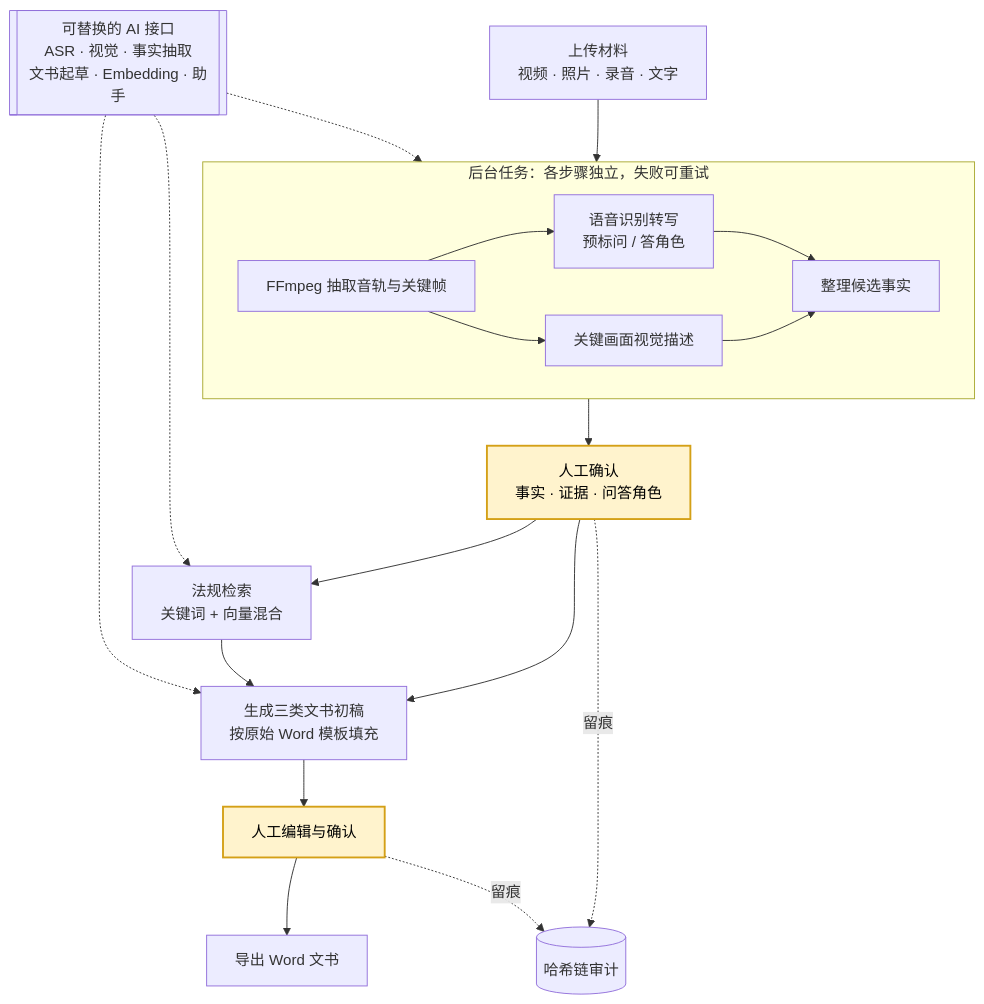
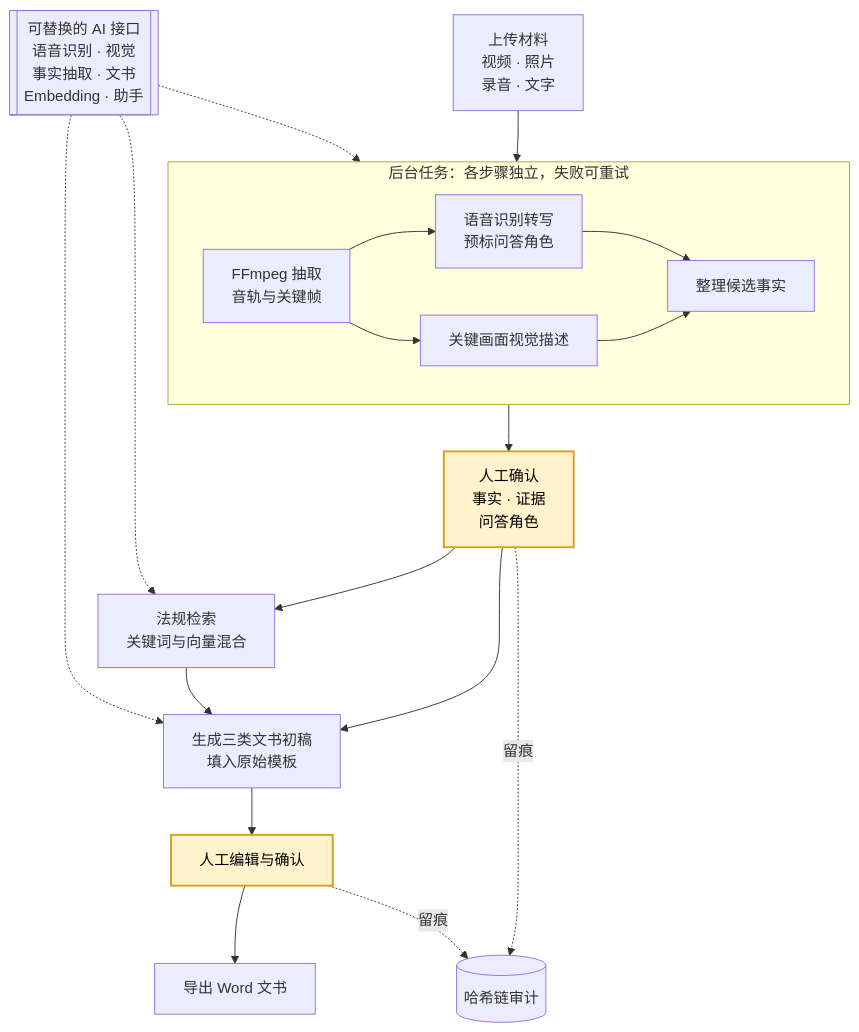
The diagram in README.md (houbaoshu/fire-inspect), drawn with Mermaid before and after one commit.

Commit message:
docs: control line breaks in architecture diagram labels
Claude-Session: https://claude.ai/code/session_01HKTtiEHzWrJsF9xhcdHvHc

````diff
--- a/README.md
+++ b/README.md
@@ -7,26 +7,26 @@
 ```mermaid
 flowchart TD
-    A["上传材料<br/>视频 · 照片 · 录音 · 文字"] --> B
+    A["上传材料<br/>视频 · 照片<br/>录音 · 文字"] --> B
 
     subgraph B["后台任务：各步骤独立，失败可重试"]
-        B1["FFmpeg 抽取音轨与关键帧"] --> B2["语音识别转写<br/>预标问 / 答角色"]
+        B1["FFmpeg 抽取<br/>音轨与关键帧"] --> B2["语音识别转写<br/>预标问答角色"]
         B1 --> B3["关键画面视觉描述"]
         B2 --> B4["整理候选事实"]
         B3 --> B4
     end
 
-    B --> C["人工确认<br/>事实 · 证据 · 问答角色"]
-    C --> D["法规检索<br/>关键词 + 向量混合"]
-    C --> E["生成三类文书初稿<br/>按原始 Word 模板填充"]
+    B --> C["人工确认<br/>事实 · 证据<br/>问答角色"]
+    C --> D["法规检索<br/>关键词与向量混合"]
+    C --> E["生成三类文书初稿<br/>填入原始模板"]
     D --> E
     E --> F["人工编辑与确认"]
     F --> G["导出 Word 文书"]
 
-    AI[["可替换的 AI 接口<br/>ASR · 视觉 · 事实抽取<br/>文书起草 · Embedding · 助手"]] -.-> B
+    AI[["可替换的 AI 接口<br/>语音识别 · 视觉<br/>事实抽取 · 文书<br/>Embedding · 助手"]] -.-> B
     AI -.-> D
     AI -.-> E
     C & F -. 留痕 .-> L[("哈希链审计")]
 
     classDef human fill:#fff3cd,stroke:#d4a017,stroke-width:2px,color:#000
     class C,F human
 ```
````
